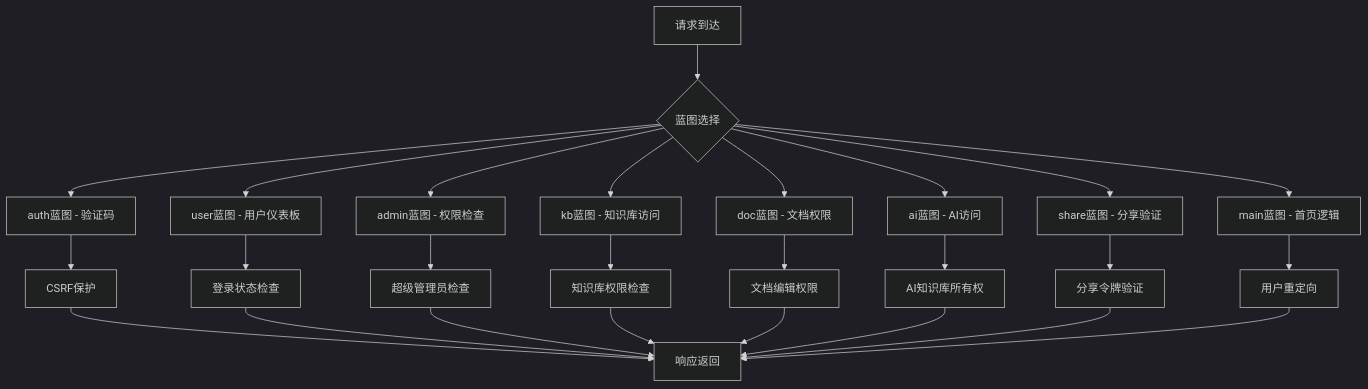
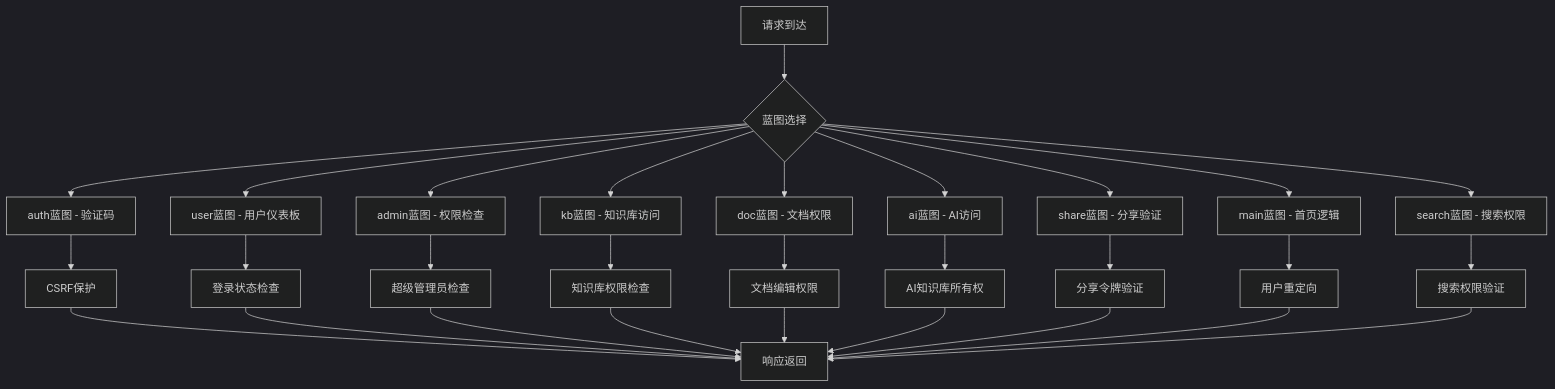
Before and after one commit to beyondalbert/my_wiki: the seventh of 8 diagrams in .qoder/repowiki/zh/content/架构设计/蓝图系统设计/蓝图系统设计.md, drawn with Mermaid (dark theme). The commit also changed other lines of this file and 5 other files, not shown here.

````diff
--- a/.qoder/repowiki/zh/content/架构设计/蓝图系统设计/蓝图系统设计.md
+++ b/.qoder/repowiki/zh/content/架构设计/蓝图系统设计/蓝图系统设计.md
@@ -469,28 +524,31 @@
 ```mermaid
 flowchart TD
 A[请求到达] --> B{蓝图选择}
 B --> C[auth蓝图 - 验证码]
 B --> D[user蓝图 - 用户仪表板]
 B --> E[admin蓝图 - 权限检查]
 B --> F[kb蓝图 - 知识库访问]
 B --> G[doc蓝图 - 文档权限]
 B --> H[ai蓝图 - AI访问]
 B --> I[share蓝图 - 分享验证]
 B --> J[main蓝图 - 首页逻辑]
-C --> K[CSRF保护]
-D --> L[登录状态检查]
-E --> M[超级管理员检查]
-F --> N[知识库权限检查]
-G --> O[文档编辑权限]
-H --> P[AI知识库所有权]
-I --> Q[分享令牌验证]
-J --> R[用户重定向]
-K --> S[响应返回]
-L --> S
-M --> S
-N --> S
-O --> S
-P --> S
-Q --> S
-R --> S
+B --> K[search蓝图 - 搜索权限]
+C --> L[CSRF保护]
+D --> M[登录状态检查]
+E --> N[超级管理员检查]
+F --> O[知识库权限检查]
+G --> P[文档编辑权限]
+H --> Q[AI知识库所有权]
+I --> R[分享令牌验证]
+J --> S[用户重定向]
+K --> T[搜索权限验证]
+L --> U[响应返回]
+M --> U
+N --> U
+O --> U
+P --> U
+Q --> U
+R --> U
+S --> U
+T --> U
 ```
````
